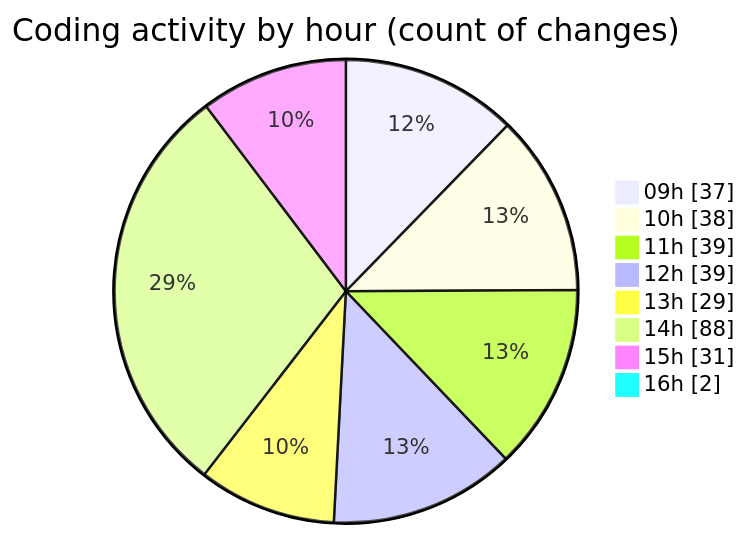
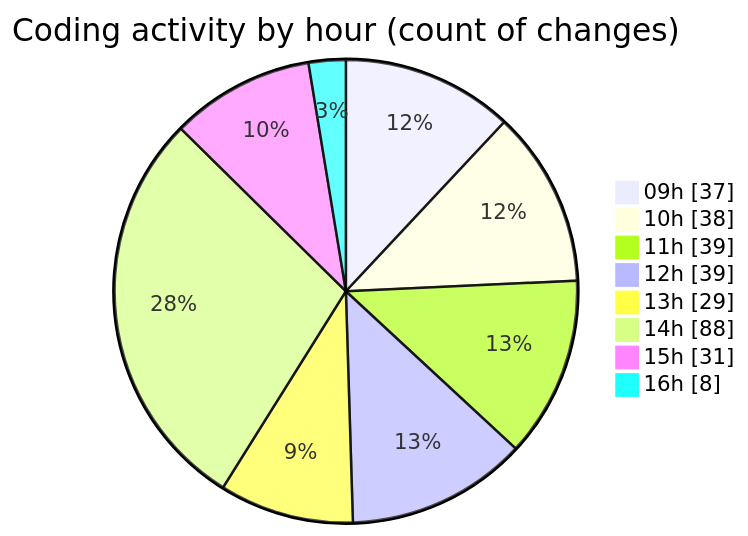
One commit to momahboobian/code-tracking changed the second of 2 diagrams in 2025-02-12/cda/README.md. Above: the diagram before and after it, drawn with Mermaid. The commit also changed other lines of this file and 1 other file, not shown here.

````diff
--- a/2025-02-12/cda/README.md
+++ b/2025-02-12/cda/README.md
@@ -47,12 +50,12 @@
 ```mermaid
 pie showData
 title Coding activity by hour (count of changes)
 "09h" : 37
 "10h" : 38
 "11h" : 39
 "12h" : 39
 "13h" : 29
 "14h" : 88
 "15h" : 31
-"16h" : 2
+"16h" : 8
 ```
````
